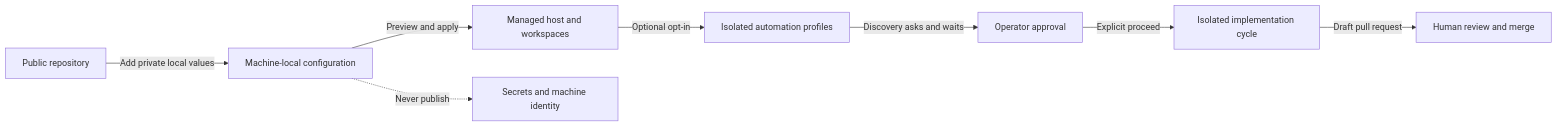
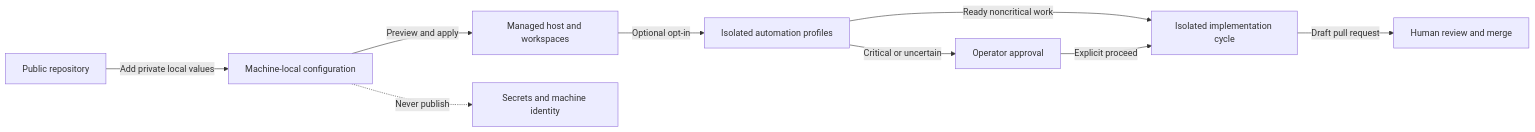
Before and after one commit to Saltiola7/dotfiles-ai: the diagram in docs/specs/dotfiles_ai_distribution/PRODUCT.md, drawn with Mermaid. The commit also changed other lines of this file and 22 other files, not shown here.

````diff
--- a/docs/specs/dotfiles_ai_distribution/PRODUCT.md
+++ b/docs/specs/dotfiles_ai_distribution/PRODUCT.md
@@ -68,12 +67,13 @@
 ```mermaid
 flowchart LR
     accTitle: dotfiles-ai product journey boundaries
-    accDescr: A developer configures portable public defaults with private local values, applies managed host and workspace environments, explicitly opts into automation, approves implementation, and reviews draft pull requests while secrets and identities remain local.
+    accDescr: A developer configures portable public defaults with private local values, opts into isolated automation, reviews critical or uncertain decisions and every draft pull request, while evidence-ready noncritical work may proceed autonomously and secrets remain local.
     P[Public repository] -->|Add private local values| C[Machine-local configuration]
     C -->|Preview and apply| W[Managed host and workspaces]
     W -->|Optional opt-in| A[Isolated automation profiles]
-    A -->|Discovery asks and waits| U[Operator approval]
-    U -->|Explicit proceed| I[Isolated implementation cycle]
+    A -->|Ready noncritical work| I[Isolated implementation cycle]
+    A -->|Critical or uncertain| U[Operator approval]
+    U -->|Explicit proceed| I
     I -->|Draft pull request| R[Human review and merge]
     C -.->|Never publish| X[Secrets and machine identity]
 ```
````
